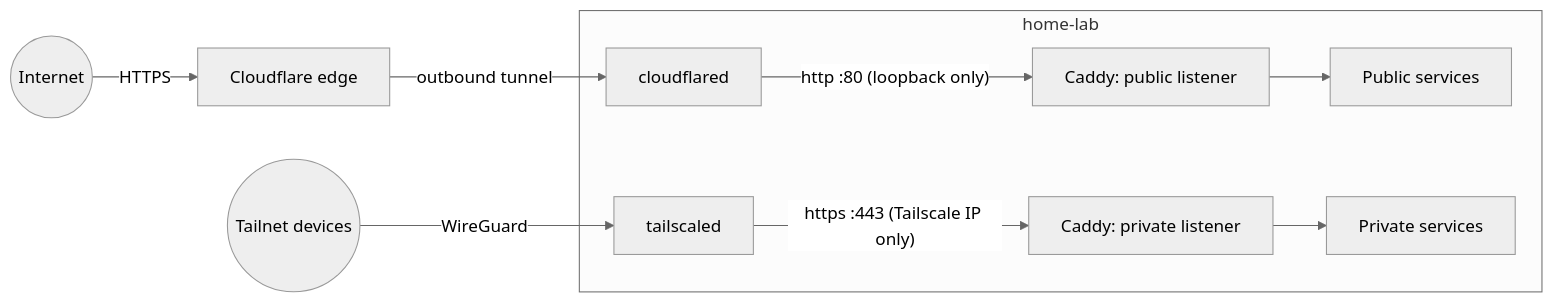
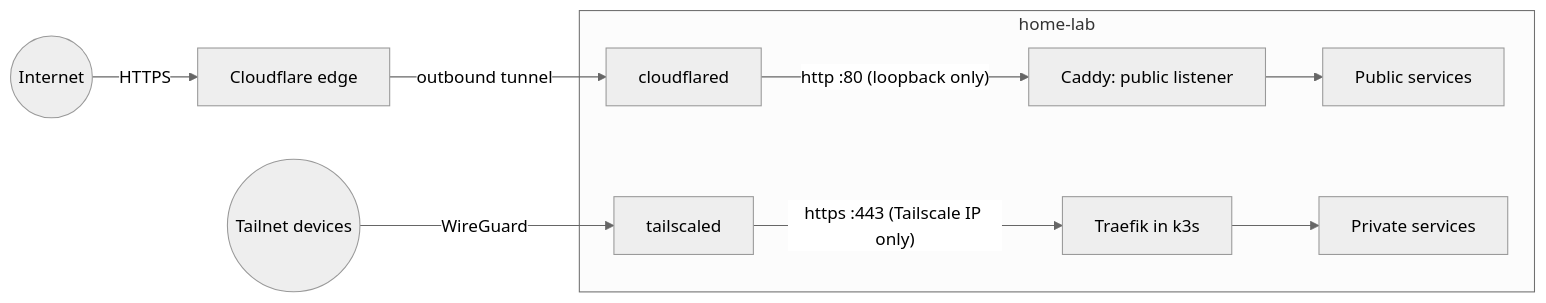
Before and after one commit to AshiqAbdulkhader/Homelab: the diagram in README.md, drawn with Mermaid (neutral theme). The commit also changed other lines of this file and 7 other files, not shown here.

First line of the commit message:
Document k3s + Flux GitOps, Traefik private tier, and observability

````diff
--- a/README.md
+++ b/README.md
@@ -34,13 +35,13 @@
 ```mermaid
 flowchart LR
     internet((Internet)) -->|HTTPS| cf[Cloudflare edge]
     cf -->|outbound tunnel| cfd[cloudflared]
     tailnet((Tailnet devices)) -->|WireGuard| ts[tailscaled]
 
     subgraph host [home-lab]
         cfd -->|"http :80 (loopback only)"| pub[Caddy: public listener]
-        ts -->|"https :443 (Tailscale IP only)"| priv[Caddy: private listener]
+        ts -->|"https :443 (Tailscale IP only)"| priv[Traefik in k3s]
         pub --> pubapps[Public services]
         priv --> privapps[Private services]
     end
 ```
````
